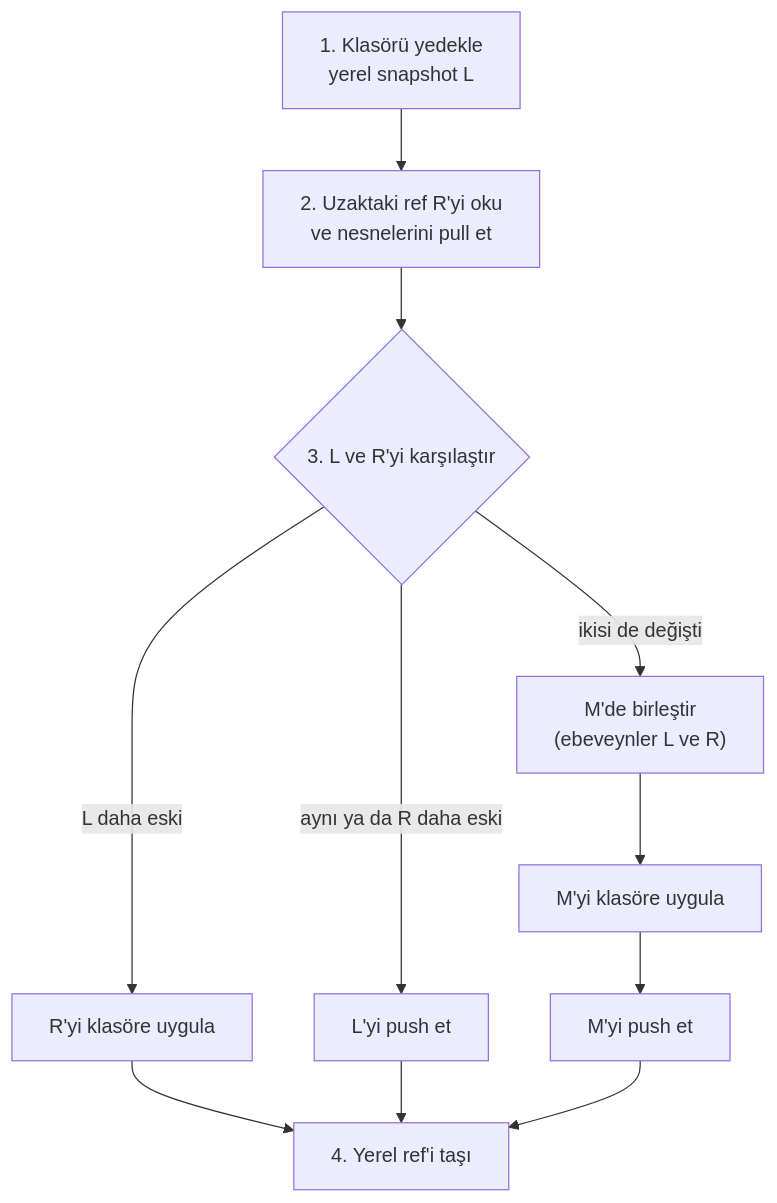
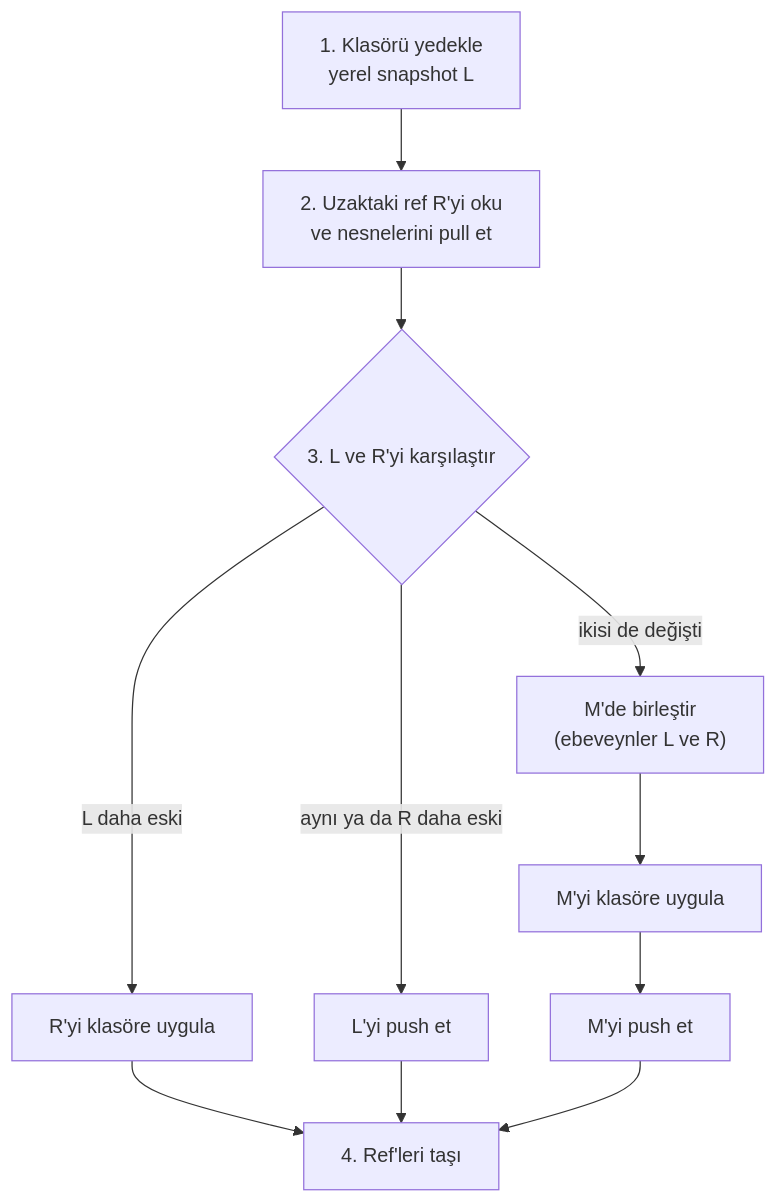
One commit to efe-clk/apeiron changed the diagram in docs/SYNC.tr.md. Above: the diagram before and after it, drawn with Mermaid. The commit also changed other lines of this file and 31 other files, not shown here.

````diff
--- a/docs/SYNC.tr.md
+++ b/docs/SYNC.tr.md
@@ -32,12 +32,12 @@
 ```mermaid
 flowchart TB
     S["1. Klasörü yedekle<br/>yerel snapshot L"] --> P["2. Uzaktaki ref R'yi oku<br/>ve nesnelerini pull et"]
     P --> C{"3. L ve R'yi karşılaştır"}
     C -- "aynı ya da R daha eski" --> PU["L'yi push et"]
     C -- "L daha eski" --> AP["R'yi klasöre uygula"]
     C -- "ikisi de değişti" --> M["M'de birleştir<br/>(ebeveynler L ve R)"]
     M --> AM["M'yi klasöre uygula"] --> PM["M'yi push et"]
-    AP --> D["4. Yerel ref'i taşı"]
+    AP --> D["4. Ref'leri taşı"]
     PU --> D
     PM --> D
 ```
````
